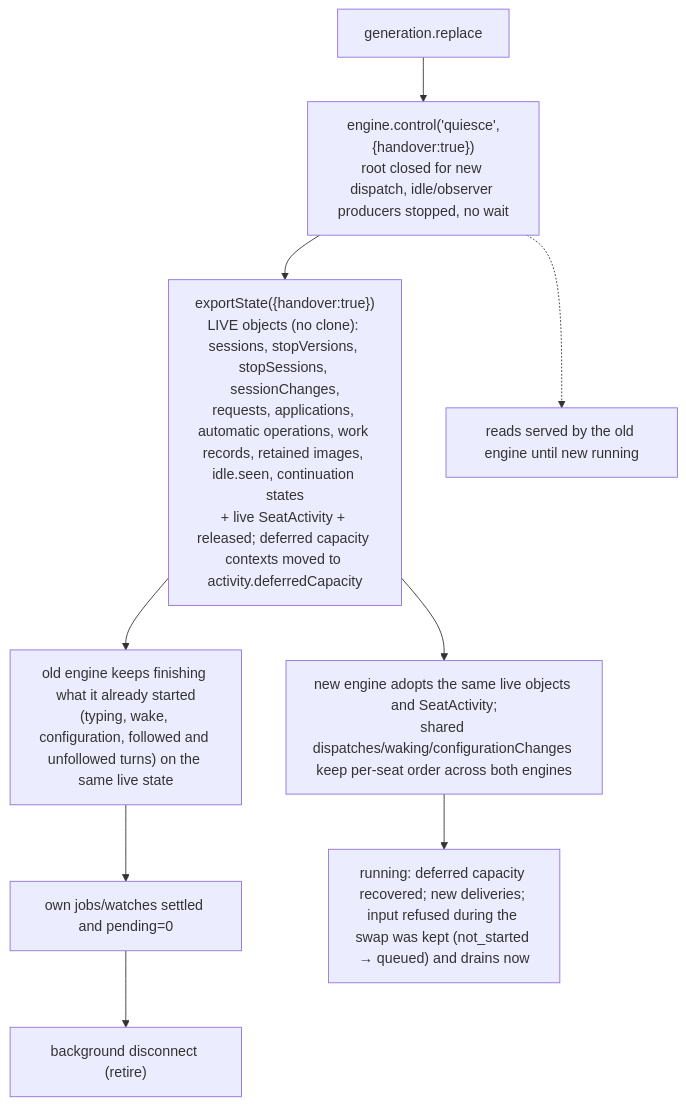
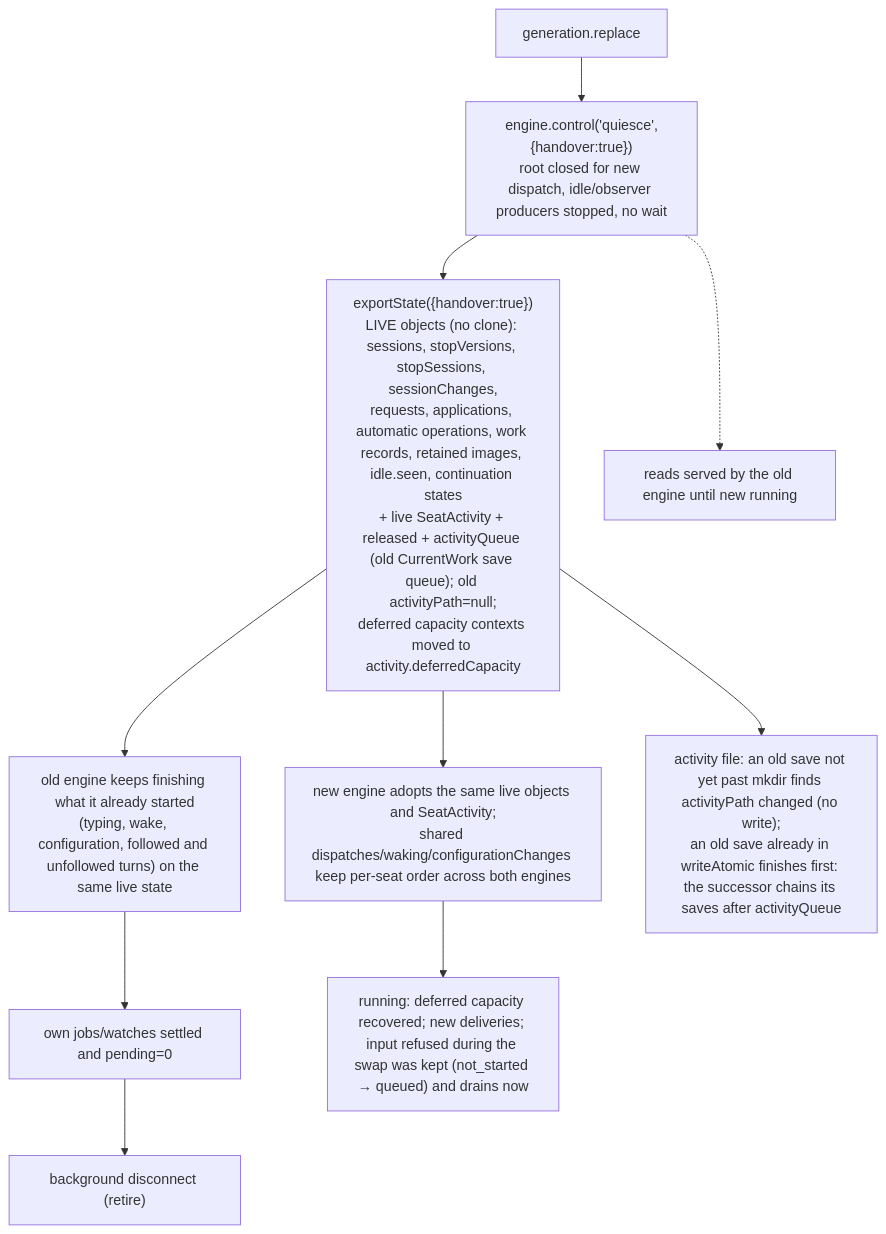
The fifth of 6 diagrams in docs/architecture/modules/execution/host-factory.md (kitepon/BellTeam), drawn with Mermaid before and after one commit. The commit also changed other lines of this file, not shown here.

Commit message:
host-factory: activity queue transfer in the authoritative swap diagram and rows

````diff
--- a/docs/architecture/modules/execution/host-factory.md
+++ b/docs/architecture/modules/execution/host-factory.md
@@ -133,10 +133,11 @@
 ```mermaid
 flowchart TD
   Replace["generation.replace"] --> Q["engine.control('quiesce',{handover:true})<br/>root closed for new dispatch, idle/observer producers stopped, no wait"]
-  Q --> Export["exportState({handover:true})<br/>LIVE objects (no clone): sessions, stopVersions, stopSessions, sessionChanges,<br/>requests, applications, automatic operations, work records, retained images, idle.seen, continuation states<br/>+ live SeatActivity + released; deferred capacity contexts moved to activity.deferredCapacity"]
+  Q --> Export["exportState({handover:true})<br/>LIVE objects (no clone): sessions, stopVersions, stopSessions, sessionChanges,<br/>requests, applications, automatic operations, work records, retained images, idle.seen, continuation states<br/>+ live SeatActivity + released + activityQueue (old CurrentWork save queue); old activityPath=null;<br/>deferred capacity contexts moved to activity.deferredCapacity"]
   Export --> Old["old engine keeps finishing what it already started<br/>(typing, wake, configuration, followed and unfollowed turns) on the same live state"]
   Old --> Released["own jobs/watches settled and pending=0"] --> Retire["background disconnect (retire)"]
   Export --> New["new engine adopts the same live objects and SeatActivity;<br/>shared dispatches/waking/configurationChanges keep per-seat order across both engines"]
+  Export --> Queue["activity file: an old save not yet past mkdir finds activityPath changed (no write);<br/>an old save already in writeAtomic finishes first: the successor chains its saves after activityQueue"]
   New --> Running["running: deferred capacity recovered; new deliveries; input refused during the swap was kept (not_started → queued) and drains now"]
   Q -.-> Read["reads served by the old engine until new running"]
 ```
````
